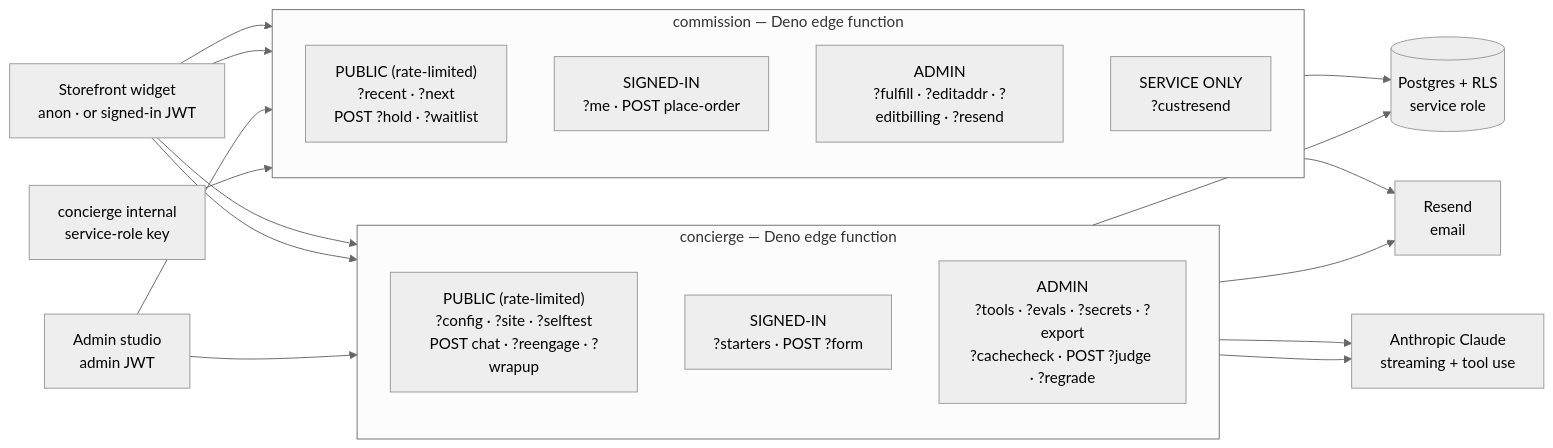
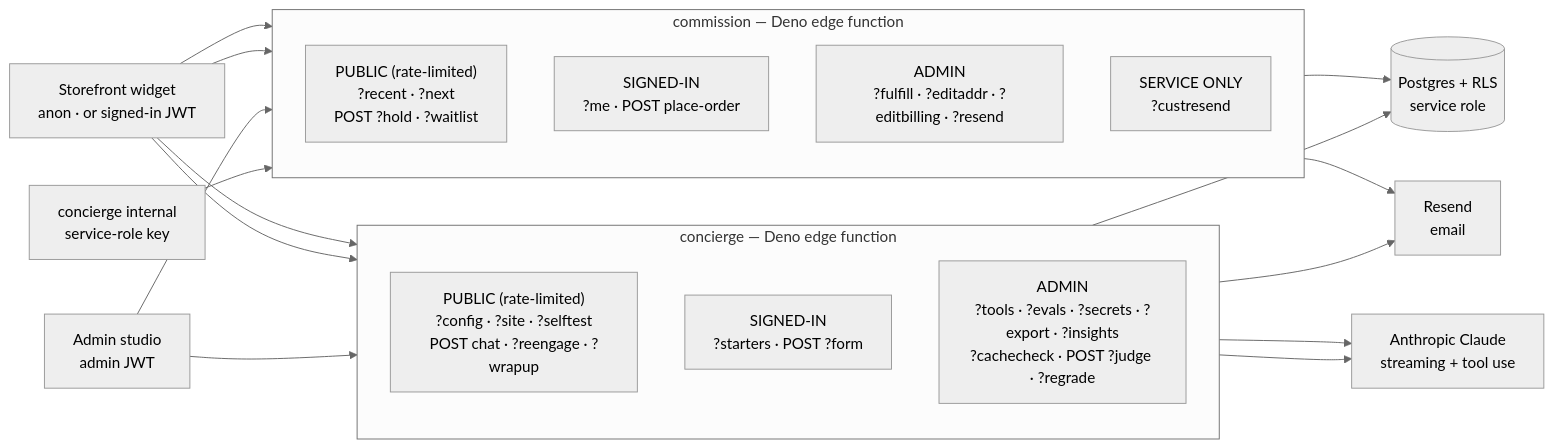
Before and after one commit to Maniwar/Blanket: the second of 3 diagrams in supabase/SCHEMA.md, drawn with Mermaid (neutral theme). The commit also changed 8 other files, not shown here.

````diff
--- a/supabase/SCHEMA.md
+++ b/supabase/SCHEMA.md
@@ -680,40 +680,40 @@
 ```mermaid
 flowchart LR
   A["Storefront widget<br/>anon · or signed-in JWT"]
   B["Admin studio<br/>admin JWT"]
   I["concierge internal<br/>service-role key"]
 
   subgraph CONCIERGE["concierge — Deno edge function"]
     direction TB
     CP["PUBLIC (rate-limited)<br/>?config · ?site · ?selftest<br/>POST chat · ?reengage · ?wrapup"]
     CU["SIGNED-IN<br/>?starters · POST ?form"]
-    CA["ADMIN<br/>?tools · ?evals · ?secrets · ?export<br/>?cachecheck · POST ?judge · ?regrade"]
+    CA["ADMIN<br/>?tools · ?evals · ?secrets · ?export · ?insights<br/>?cachecheck · POST ?judge · ?regrade"]
   end
 
   subgraph COMMISSION["commission — Deno edge function"]
     direction TB
     MP["PUBLIC (rate-limited)<br/>?recent · ?next<br/>POST ?hold · ?waitlist"]
     MU["SIGNED-IN<br/>?me · POST place-order"]
     MA["ADMIN<br/>?fulfill · ?editaddr · ?editbilling · ?resend"]
     MS["SERVICE ONLY<br/>?custresend"]
   end
 
   ANT["Anthropic Claude<br/>streaming + tool use"]
   PG[("Postgres + RLS<br/>service role")]
   RS["Resend<br/>email"]
 
   A --> CP
   A --> CU
   B --> CA
   A --> MP
   A --> MU
   B --> MA
   I --> MS
 
   CP --> ANT
   CA --> ANT
   CONCIERGE --> PG
   COMMISSION --> PG
   COMMISSION --> RS
   CP --> RS
 ```
````
